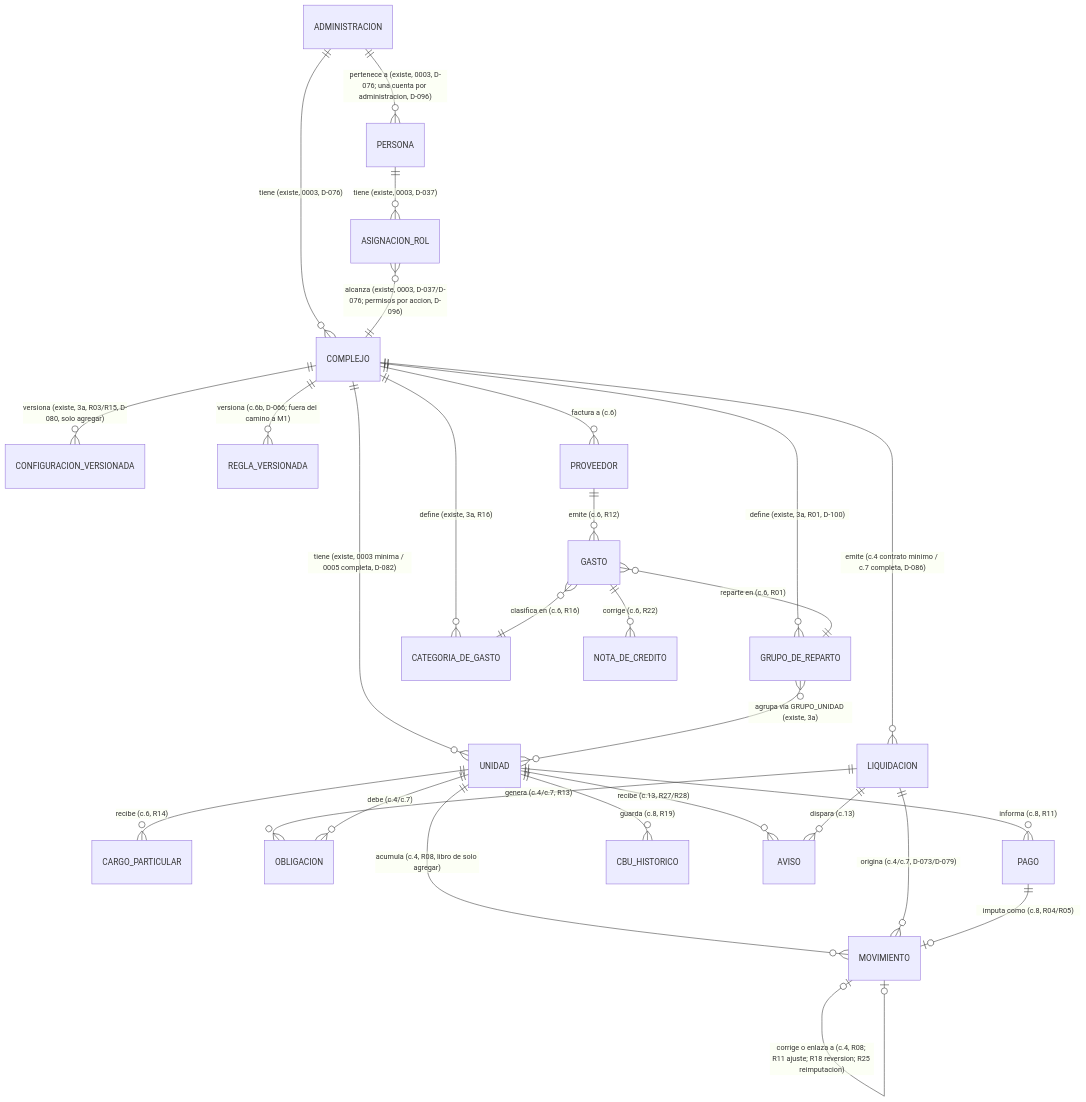
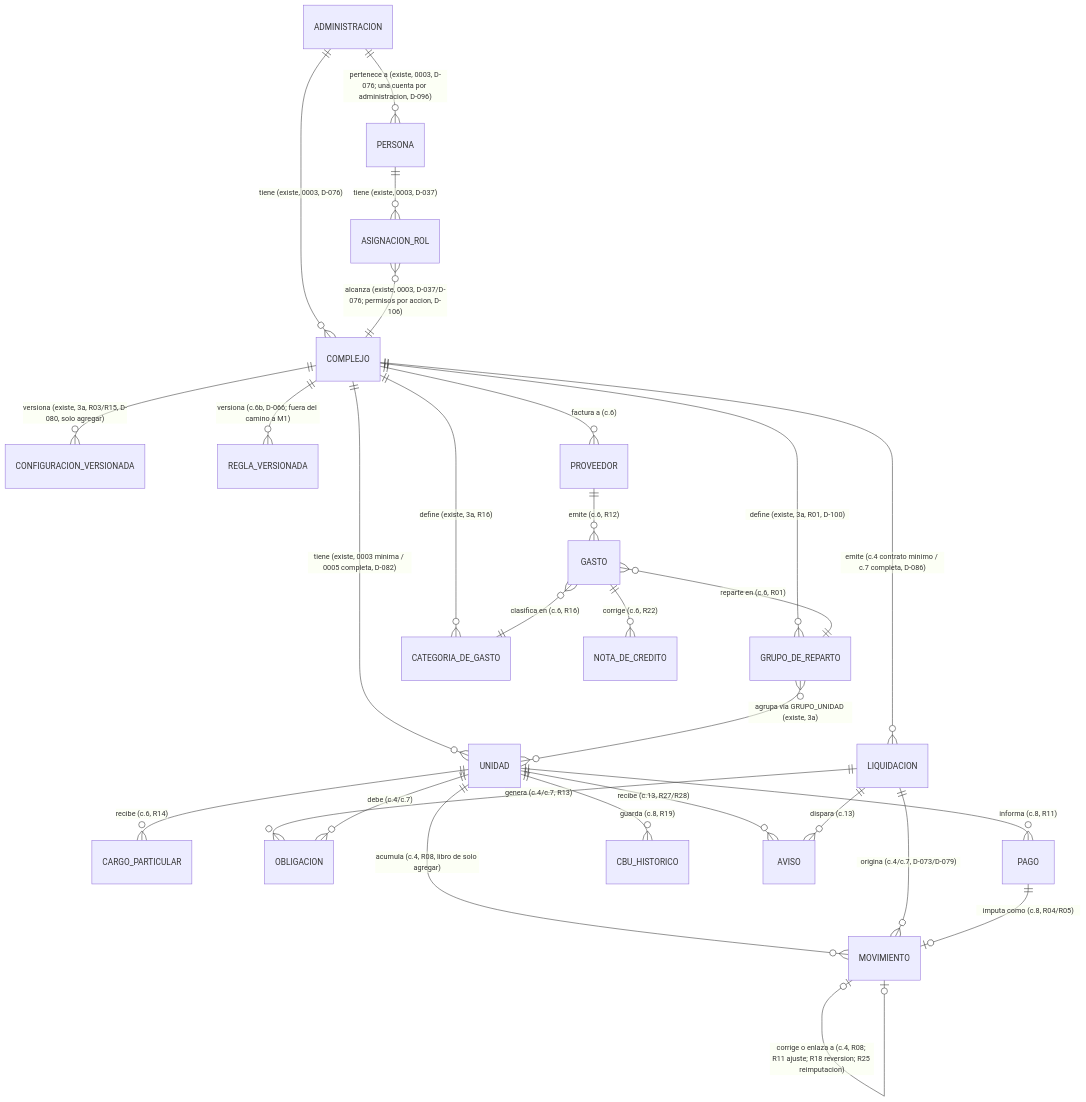
Before and after one commit to JuaniSarmiento/proptech: the second of 2 diagrams in knowledge-base/04_modelo_de_datos.md, drawn with Mermaid. The commit also changed other lines of this file and 18 other files, not shown here.

````diff
--- a/knowledge-base/04_modelo_de_datos.md
+++ b/knowledge-base/04_modelo_de_datos.md
@@ -72,30 +73,30 @@
 ```mermaid
 erDiagram
     ADMINISTRACION ||--o{ COMPLEJO : "tiene (existe, 0003, D-076)"
     ADMINISTRACION ||--o{ PERSONA : "pertenece a (existe, 0003, D-076; una cuenta por administracion, D-096)"
     COMPLEJO ||--o{ UNIDAD : "tiene (existe, 0003 minima / 0005 completa, D-082)"
     COMPLEJO ||--o{ GRUPO_DE_REPARTO : "define (existe, 3a, R01, D-100)"
     COMPLEJO ||--o{ CATEGORIA_DE_GASTO : "define (existe, 3a, R16)"
     COMPLEJO ||--o{ CONFIGURACION_VERSIONADA : "versiona (existe, 3a, R03/R15, D-080, solo agregar)"
     COMPLEJO ||--o{ REGLA_VERSIONADA : "versiona (c.6b, D-066; fuera del camino a M1)"
     GRUPO_DE_REPARTO }o--o{ UNIDAD : "agrupa via GRUPO_UNIDAD (existe, 3a)"
     PERSONA ||--o{ ASIGNACION_ROL : "tiene (existe, 0003, D-037)"
-    ASIGNACION_ROL }o--|| COMPLEJO : "alcanza (existe, 0003, D-037/D-076; permisos por accion, D-096)"
+    ASIGNACION_ROL }o--|| COMPLEJO : "alcanza (existe, 0003, D-037/D-076; permisos por accion, D-106)"
     COMPLEJO ||--o{ PROVEEDOR : "factura a (c.6)"
     PROVEEDOR ||--o{ GASTO : "emite (c.6, R12)"
     GASTO ||--o{ NOTA_DE_CREDITO : "corrige (c.6, R22)"
     GASTO }o--|| GRUPO_DE_REPARTO : "reparte en (c.6, R01)"
     GASTO }o--|| CATEGORIA_DE_GASTO : "clasifica en (c.6, R16)"
     UNIDAD ||--o{ CARGO_PARTICULAR : "recibe (c.6, R14)"
     COMPLEJO ||--o{ LIQUIDACION : "emite (c.4 contrato minimo / c.7 completa, D-086)"
     LIQUIDACION ||--o{ OBLIGACION : "genera (c.4/c.7, R13)"
     UNIDAD ||--o{ OBLIGACION : "debe (c.4/c.7)"
     UNIDAD ||--o{ MOVIMIENTO : "acumula (c.4, R08, libro de solo agregar)"
     LIQUIDACION ||--o{ MOVIMIENTO : "origina (c.4/c.7, D-073/D-079)"
     MOVIMIENTO |o--o| MOVIMIENTO : "corrige o enlaza a (c.4, R08; R11 ajuste; R18 reversion; R25 reimputacion)"
     UNIDAD ||--o{ PAGO : "informa (c.8, R11)"
     PAGO ||--o| MOVIMIENTO : "imputa como (c.8, R04/R05)"
     UNIDAD ||--o{ CBU_HISTORICO : "guarda (c.8, R19)"
     UNIDAD ||--o{ AVISO : "recibe (c.13, R27/R28)"
     LIQUIDACION ||--o{ AVISO : "dispara (c.13)"
 ```
````
